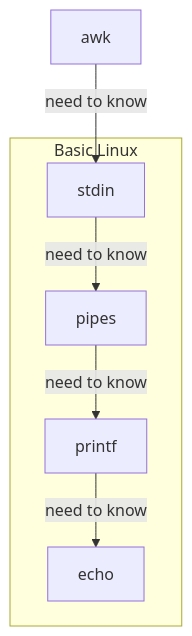
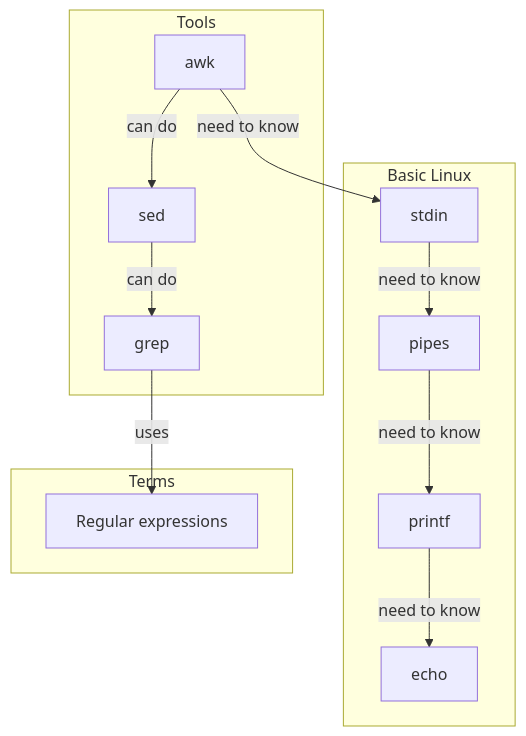
Before and after one commit to richelbilderbeek/awk_course: the diagram in docs/morning_session/overview.md, drawn with Mermaid.

````diff
--- a/docs/morning_session/overview.md
+++ b/docs/morning_session/overview.md
@@ -30,17 +30,32 @@
 ```mermaid
 flowchart TD
 
+  subgraph tools[Tools]
+    awk
+    sed
+    grep
+  end
   subgraph basic_linux[Basic Linux]
     pipes
     echo
     printf
     stdin
   end
+  subgraph terms[Terms]
+    regex[Regular expressions]
+  end
 
-  awk
+  %% Tools
+  awk --> |can do| sed 
+  sed --> |can do| grep
+  grep --> |uses| regex
 
+  %% Basic Linux
   stdin --> |need to know| pipes
   printf --> |need to know| echo
   pipes --> |need to know| printf
   awk --> |need to know| stdin
+
+  %% Terms
+  %% awk --> |need to know| regex
 ```
````
